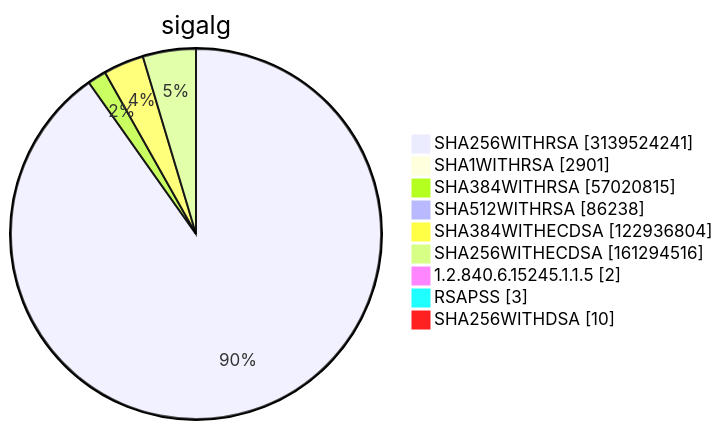
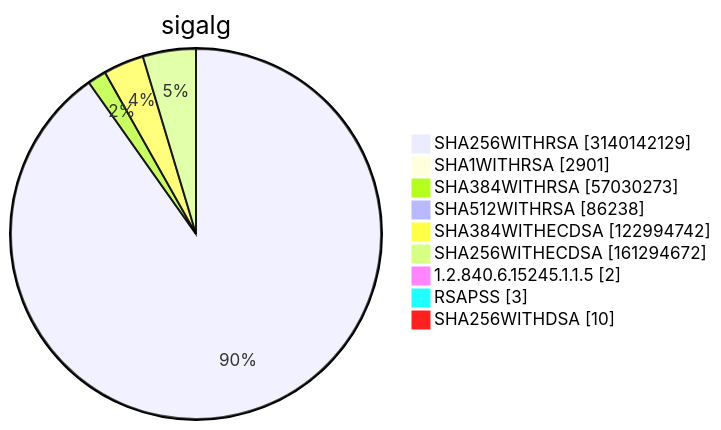
One commit to christiankrug/ctmonitor_visualization changed diagram 15 of 15 in TOTAL/README.md. Above: the diagram before and after it, drawn with Mermaid. The commit also changed other lines of this file, not shown here.

````diff
--- a/TOTAL/README.md
+++ b/TOTAL/README.md
@@ -6212,13 +6212,13 @@
 ```mermaid
 pie showData
 title sigalg
-"SHA256WITHRSA" :3139524241
+"SHA256WITHRSA" :3140142129
 "SHA1WITHRSA" :2901
-"SHA384WITHRSA" :57020815
+"SHA384WITHRSA" :57030273
 "SHA512WITHRSA" :86238
-"SHA384WITHECDSA" :122936804
-"SHA256WITHECDSA" :161294516
+"SHA384WITHECDSA" :122994742
+"SHA256WITHECDSA" :161294672
 "1.2.840.6.15245.1.1.5" :2
 "RSAPSS" :3
 "SHA256WITHDSA" :10
 ```
````
